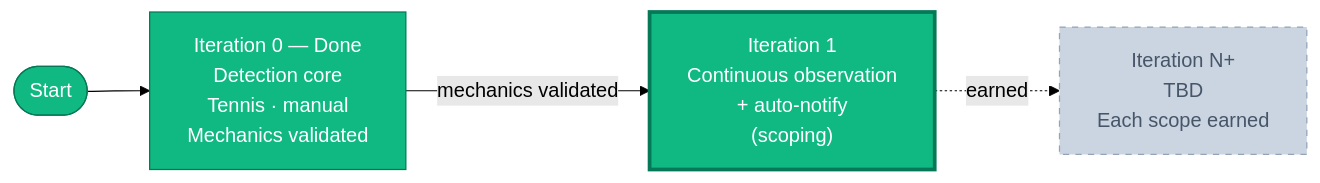
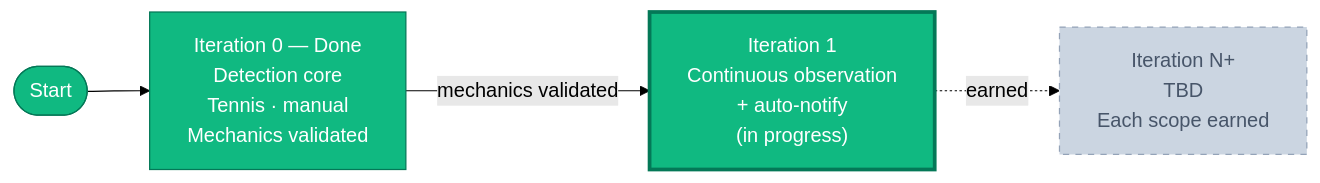
One commit to shollet/arb-sentinel changed the first of 2 diagrams in ROADMAP.md. Above: the diagram before and after it, drawn with Mermaid (forest theme). The commit also changed other lines of this file, not shown here.

Commit message:
docs: scope Iteration 1 and finalize decision log

````diff
--- a/ROADMAP.md
+++ b/ROADMAP.md
@@ -35,22 +35,22 @@
 ```mermaid
 flowchart LR
     Start([Start])
 
     IT0["Iteration 0 — Done<br/>Detection core<br/>Tennis · manual<br/>Mechanics validated"]
-    IT1["Iteration 1<br/>Continuous observation<br/>+ auto-notify<br/>(scoping)"]
+    IT1["Iteration 1<br/>Continuous observation<br/>+ auto-notify<br/>(in progress)"]
     ITN["Iteration N+<br/>TBD<br/>Each scope earned"]
 
     Start --> IT0
     IT0 -->|mechanics validated| IT1
     IT1 -.->|earned| ITN
 
     classDef done fill:#10b981,stroke:#047857,color:#fff,stroke-width:1px
     classDef current fill:#10b981,stroke:#047857,color:#fff,stroke-width:3px
     classDef next fill:#94a3b8,stroke:#475569,color:#fff,stroke-width:1px
     classDef future fill:#cbd5e1,stroke:#94a3b8,color:#475569,stroke-width:1px,stroke-dasharray: 5 5
 
     class Start done
     class IT0 done
     class IT1 current
     class ITN future
 ```
````
